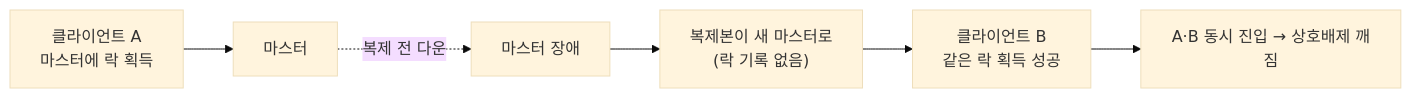
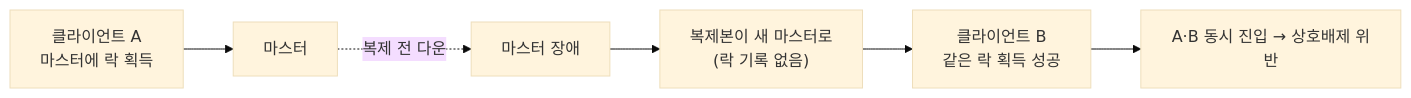
Before and after one commit to johnycho/johny-dev: the second of 2 diagrams in blog/2026-08-18-distributed-lock-and-redis-failure.mdx, drawn with Mermaid (base theme). The commit also changed other lines of this file and 11 other files, not shown here.

````diff
--- a/blog/2026-08-18-distributed-lock-and-redis-failure.mdx
+++ b/blog/2026-08-18-distributed-lock-and-redis-failure.mdx
@@ -59,8 +59,8 @@
 ```mermaid
 flowchart LR
     A["클라이언트 A<br/>마스터에 락 획득"] --> M["마스터"]
     M -. 복제 전 다운 .-> X["마스터 장애"]
     X --> N["복제본이 새 마스터로<br/>(락 기록 없음)"]
     N --> B["클라이언트 B<br/>같은 락 획득 성공"]
-    B --> D["A·B 동시 진입 → 상호배제 깨짐"]
+    B --> D["A·B 동시 진입 → 상호배제 위반"]
 ```
````
